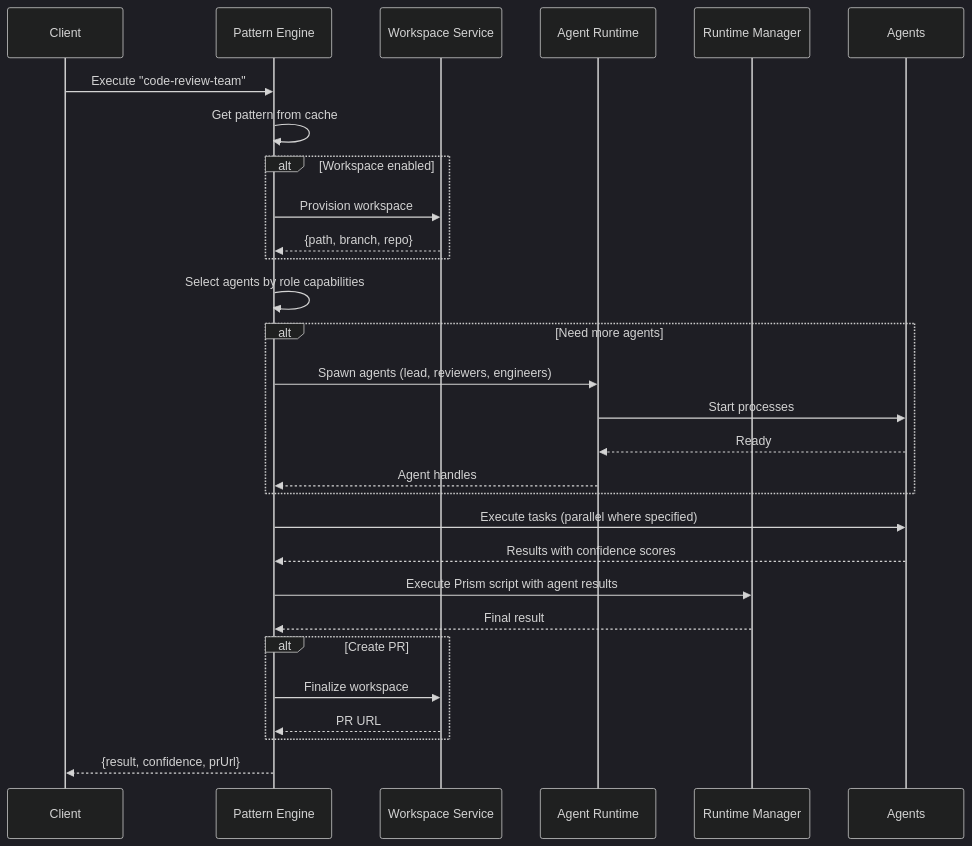
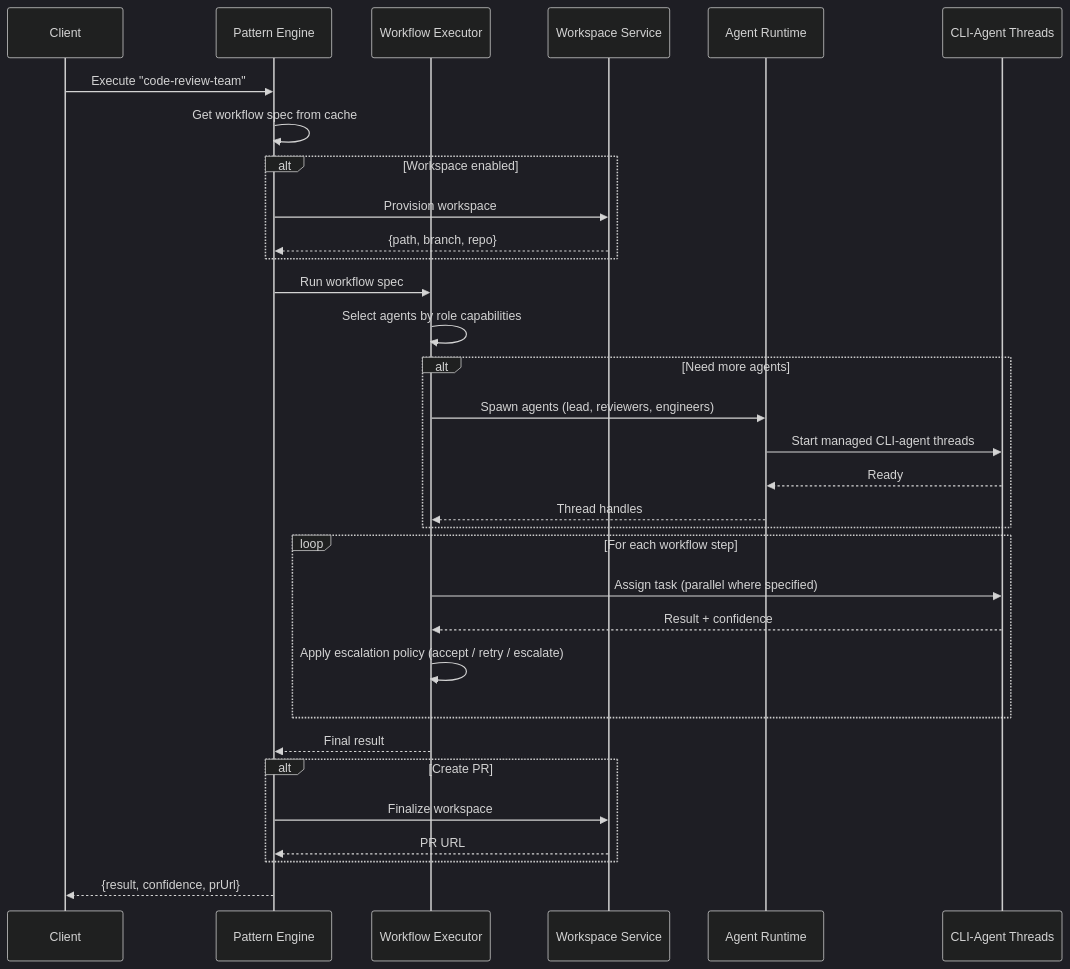
Before and after one commit to HaruHunab1320/parallax: the fourth of 4 diagrams in apps/docs/docs/architecture/org-chart-flow.md, drawn with Mermaid (dark theme). The commit also changed other lines of this file and 33 other files, not shown here.

First line of the commit message:
docs: bring README, docs/, and docs site current with the architecture

````diff
--- a/apps/docs/docs/architecture/org-chart-flow.md
+++ b/apps/docs/docs/architecture/org-chart-flow.md
@@ -285,40 +192,44 @@
 ```mermaid
 sequenceDiagram
     participant Client
     participant PE as Pattern Engine
+    participant WFE as Workflow Executor
     participant WS as Workspace Service
     participant RT as Agent Runtime
-    participant RM as Runtime Manager
-    participant Agents
+    participant Threads as CLI-Agent Threads
 
     Client->>PE: Execute "code-review-team"
 
-    PE->>PE: Get pattern from cache
+    PE->>PE: Get workflow spec from cache
 
     alt Workspace enabled
         PE->>WS: Provision workspace
         WS-->>PE: {path, branch, repo}
     end
 
-    PE->>PE: Select agents by role capabilities
+    PE->>WFE: Run workflow spec
+
+    WFE->>WFE: Select agents by role capabilities
 
     alt Need more agents
-        PE->>RT: Spawn agents (lead, reviewers, engineers)
-        RT->>Agents: Start processes
-        Agents-->>RT: Ready
-        RT-->>PE: Agent handles
+        WFE->>RT: Spawn agents (lead, reviewers, engineers)
+        RT->>Threads: Start managed CLI-agent threads
+        Threads-->>RT: Ready
+        RT-->>WFE: Thread handles
     end
 
-    PE->>Agents: Execute tasks (parallel where specified)
-    Agents-->>PE: Results with confidence scores
+    loop For each workflow step
+        WFE->>Threads: Assign task (parallel where specified)
+        Threads-->>WFE: Result + confidence
+        WFE->>WFE: Apply escalation policy (accept / retry / escalate)
+    end
 
-    PE->>RM: Execute Prism script with agent results
-    RM-->>PE: Final result
+    WFE-->>PE: Final result
 
     alt Create PR
         PE->>WS: Finalize workspace
         WS-->>PE: PR URL
     end
 
     PE-->>Client: {result, confidence, prUrl}
 ```
````
